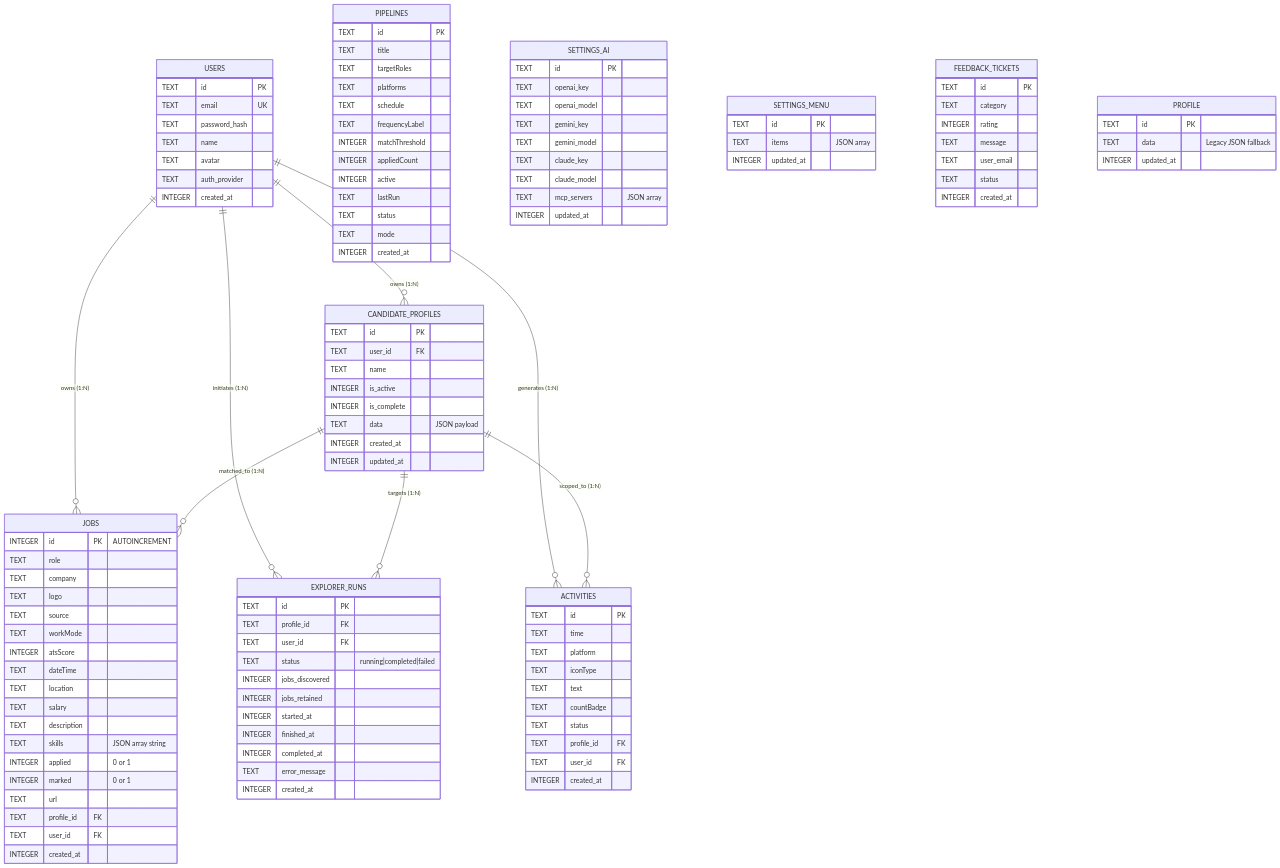
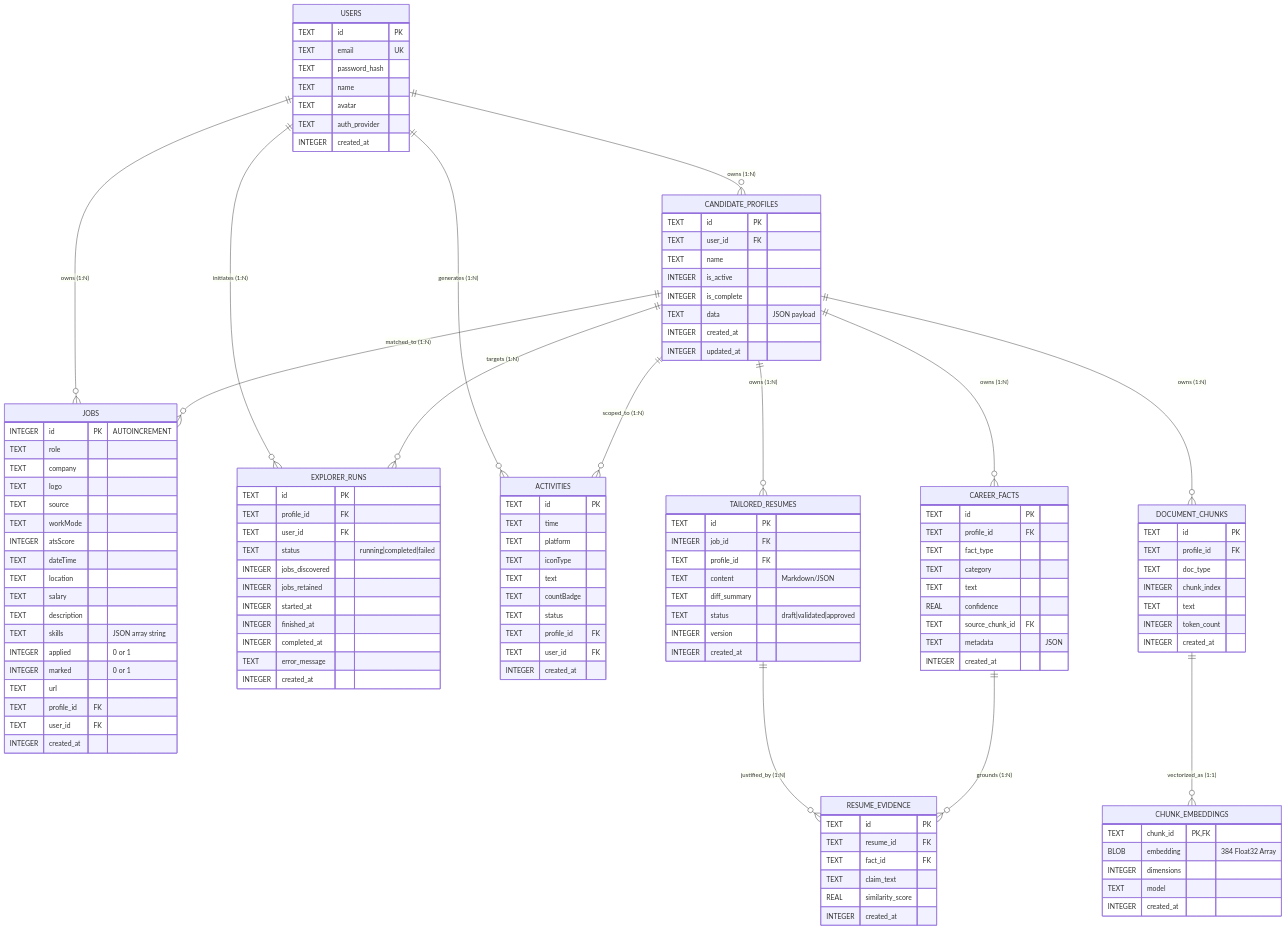
The diagram in docs/database.md (kushalkumar12/auto-apply-job-agent), drawn with Mermaid before and after one commit. The commit also changed other lines of this file and 128 other files, not shown here.

````diff
--- a/docs/database.md
+++ b/docs/database.md
@@ -43,6 +50,13 @@
     CANDIDATE_PROFILES ||--o{ JOBS : "matched_to (1:N)"
     CANDIDATE_PROFILES ||--o{ EXPLORER_RUNS : "targets (1:N)"
     CANDIDATE_PROFILES ||--o{ ACTIVITIES : "scoped_to (1:N)"
+    CANDIDATE_PROFILES ||--o{ CAREER_FACTS : "owns (1:N)"
+    CANDIDATE_PROFILES ||--o{ DOCUMENT_CHUNKS : "owns (1:N)"
+    CANDIDATE_PROFILES ||--o{ TAILORED_RESUMES : "owns (1:N)"
+
+    DOCUMENT_CHUNKS ||--o{ CHUNK_EMBEDDINGS : "vectorized_as (1:1)"
+    TAILORED_RESUMES ||--o{ RESUME_EVIDENCE : "justified_by (1:N)"
+    CAREER_FACTS ||--o{ RESUME_EVIDENCE : "grounds (1:N)"
 
     USERS {
         TEXT id PK
@@ -113,53 +127,53 @@
         INTEGER created_at
     }
 
-    PIPELINES {
+    CAREER_FACTS {
         TEXT id PK
-        TEXT title
-        TEXT targetRoles
-        TEXT platforms
-        TEXT schedule
-        TEXT frequencyLabel
-        INTEGER matchThreshold
-        INTEGER appliedCount
-        INTEGER active
-        TEXT lastRun
-        TEXT status
-        TEXT mode
+        TEXT profile_id FK
+        TEXT fact_type
+        TEXT category
+        TEXT text
+        REAL confidence
+        TEXT source_chunk_id FK
+        TEXT metadata "JSON"
         INTEGER created_at
     }
 
-    SETTINGS_AI {
+    DOCUMENT_CHUNKS {
         TEXT id PK
-        TEXT openai_key
-        TEXT openai_model
-        TEXT gemini_key
-        TEXT gemini_model
-        TEXT claude_key
-        TEXT claude_model
-        TEXT mcp_servers "JSON array"
-        INTEGER updated_at
-    }
-
-    SETTINGS_MENU {
-        TEXT id PK
-        TEXT items "JSON array"
-        INTEGER updated_at
-    }
-
-    FEEDBACK_TICKETS {
-        TEXT id PK
-        TEXT category
-        INTEGER rating
-        TEXT message
-        TEXT user_email
-        TEXT status
+        TEXT profile_id FK
+        TEXT doc_type
+        INTEGER chunk_index
+        TEXT text
+        INTEGER token_count
         INTEGER created_at
     }
 
-    PROFILE {
+    CHUNK_EMBEDDINGS {
+        TEXT chunk_id PK,FK
+        BLOB embedding "384 Float32 Array"
+        INTEGER dimensions
+        TEXT model
+        INTEGER created_at
+    }
+
+    TAILORED_RESUMES {
         TEXT id PK
-        TEXT data "Legacy JSON fallback"
-        INTEGER updated_at
+        INTEGER job_id FK
+        TEXT profile_id FK
+        TEXT content "Markdown/JSON"
+        TEXT diff_summary
+        TEXT status "draft|validated|approved"
+        INTEGER version
+        INTEGER created_at
+    }
+
+    RESUME_EVIDENCE {
+        TEXT id PK
+        TEXT resume_id FK
+        TEXT fact_id FK
+        TEXT claim_text
+        REAL similarity_score
+        INTEGER created_at
     }
 ```
````
